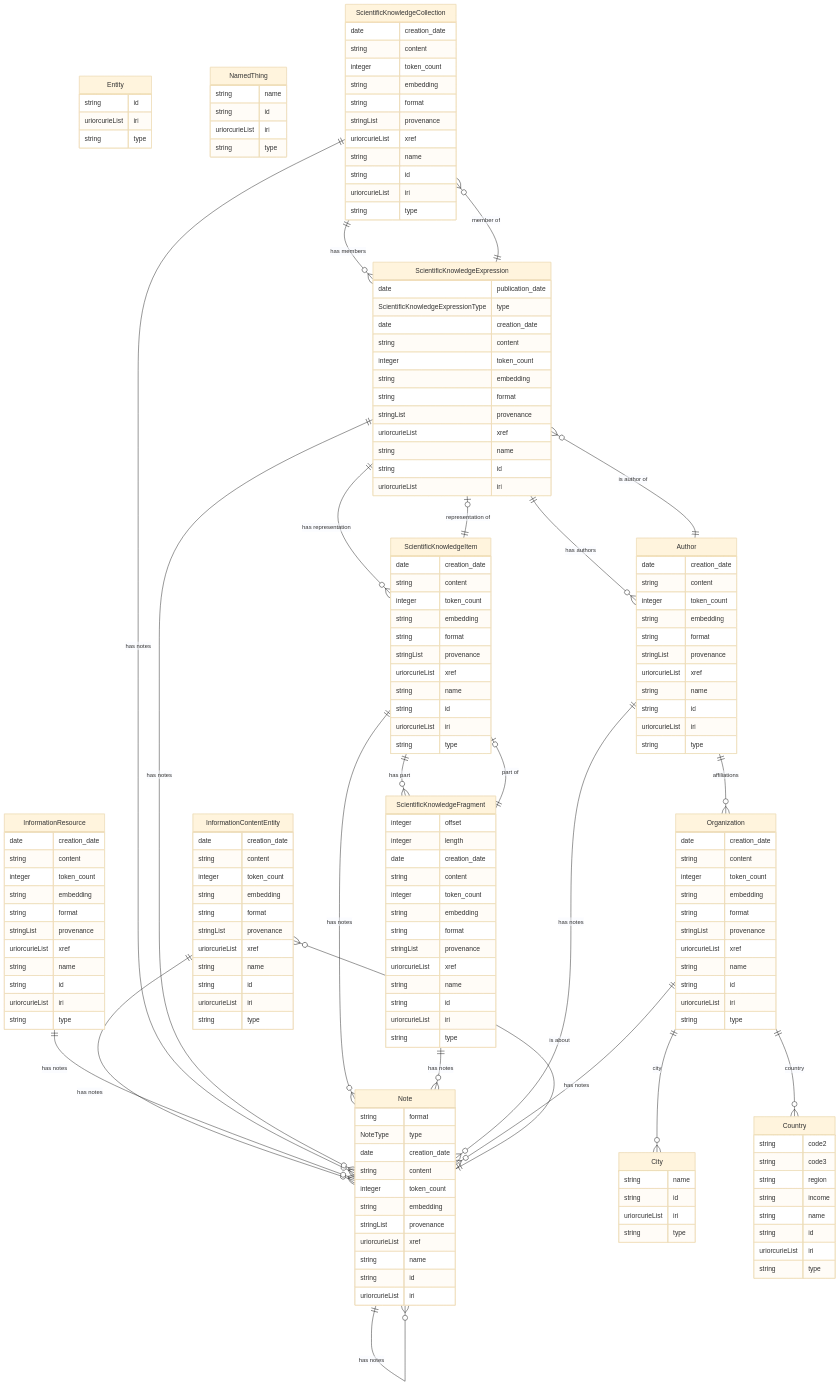
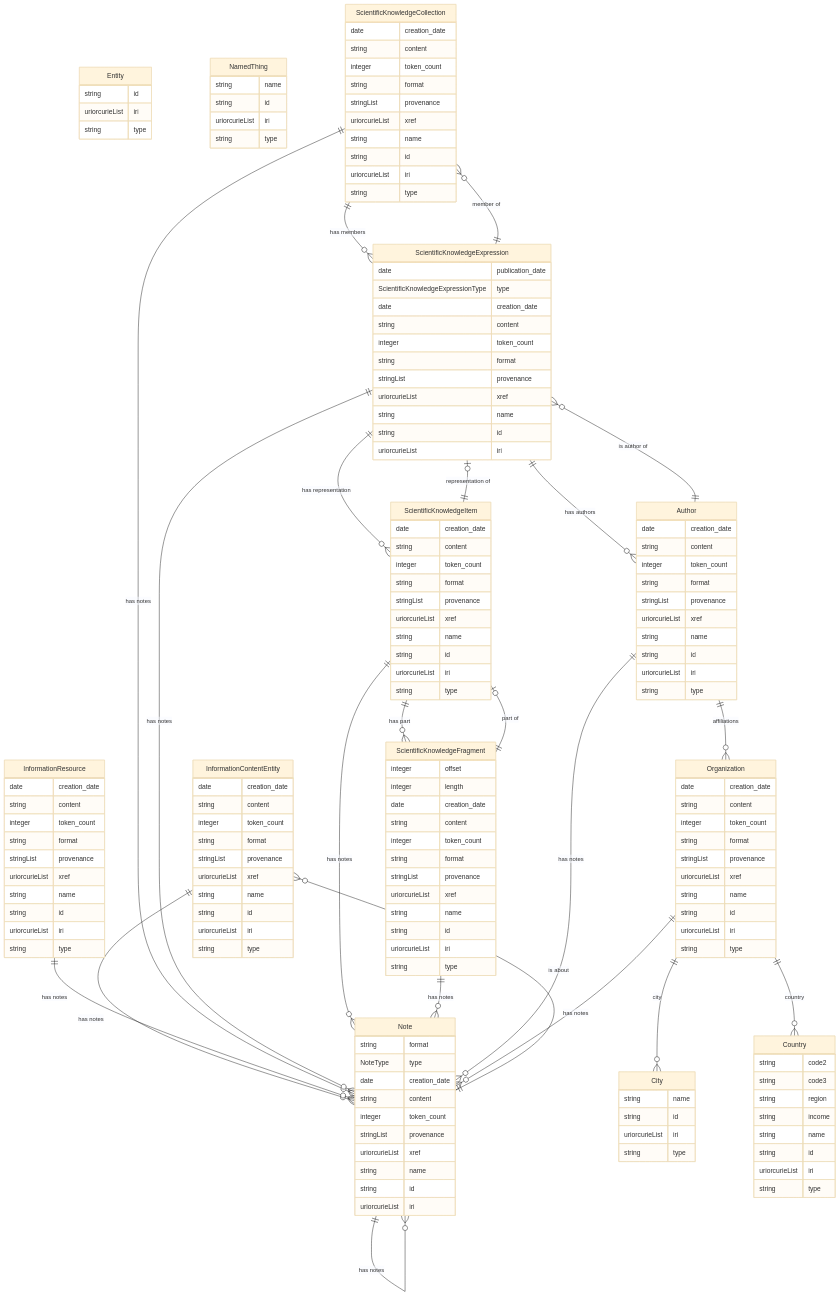
The diagram in local_resources/linkml/schema.mermaid (chanzuckerberg/alhazen), drawn with Mermaid (base theme) before and after one commit. The commit also changed 27 other files, not shown here.

```diff
--- a/local_resources/linkml/schema.mermaid
+++ b/local_resources/linkml/schema.mermaid
@@ -1,170 +1,161 @@
 erDiagram
 Entity {
     string id  
     uriorcurieList iri  
     string type  
 }
 NamedThing {
     string name  
     string id  
     uriorcurieList iri  
     string type  
 }
 InformationContentEntity {
     date creation_date  
     string content  
     integer token_count  
-    string embedding  
     string format  
     stringList provenance  
     uriorcurieList xref  
     string name  
     string id  
     uriorcurieList iri  
     string type  
 }
 InformationResource {
     date creation_date  
     string content  
     integer token_count  
-    string embedding  
     string format  
     stringList provenance  
     uriorcurieList xref  
     string name  
     string id  
     uriorcurieList iri  
     string type  
 }
 ScientificKnowledgeCollection {
     date creation_date  
     string content  
     integer token_count  
-    string embedding  
     string format  
     stringList provenance  
     uriorcurieList xref  
     string name  
     string id  
     uriorcurieList iri  
     string type  
 }
 ScientificKnowledgeExpression {
     date publication_date  
     ScientificKnowledgeExpressionType type  
     date creation_date  
     string content  
     integer token_count  
-    string embedding  
     string format  
     stringList provenance  
     uriorcurieList xref  
     string name  
     string id  
     uriorcurieList iri  
 }
 ScientificKnowledgeItem {
     date creation_date  
     string content  
     integer token_count  
-    string embedding  
     string format  
     stringList provenance  
     uriorcurieList xref  
     string name  
     string id  
     uriorcurieList iri  
     string type  
 }
 ScientificKnowledgeFragment {
     integer offset  
     integer length  
     date creation_date  
     string content  
     integer token_count  
-    string embedding  
     string format  
     stringList provenance  
     uriorcurieList xref  
     string name  
     string id  
     uriorcurieList iri  
     string type  
 }
 Note {
     string format  
     NoteType type  
     date creation_date  
     string content  
     integer token_count  
-    string embedding  
     stringList provenance  
     uriorcurieList xref  
     string name  
     string id  
     uriorcurieList iri  
 }
 Author {
     date creation_date  
     string content  
     integer token_count  
-    string embedding  
     string format  
     stringList provenance  
     uriorcurieList xref  
     string name  
     string id  
     uriorcurieList iri  
     string type  
 }
 Organization {
     date creation_date  
     string content  
     integer token_count  
-    string embedding  
     string format  
     stringList provenance  
     uriorcurieList xref  
     string name  
     string id  
     uriorcurieList iri  
     string type  
 }
 City {
     string name  
     string id  
     uriorcurieList iri  
     string type  
 }
 Country {
     string code2  
     string code3  
     string region  
     string income  
     string name  
     string id  
     uriorcurieList iri  
     string type  
 }
 
 InformationContentEntity ||--}o Note : "has notes"
 InformationResource ||--}o Note : "has notes"
 ScientificKnowledgeCollection ||--}o ScientificKnowledgeExpression : "has members"
 ScientificKnowledgeCollection ||--}o Note : "has notes"
 ScientificKnowledgeExpression ||--}o ScientificKnowledgeItem : "has representation"
 ScientificKnowledgeExpression ||--}o ScientificKnowledgeCollection : "member of"
 ScientificKnowledgeExpression ||--}o Author : "has authors"
 ScientificKnowledgeExpression ||--}o Note : "has notes"
 ScientificKnowledgeItem ||--|o ScientificKnowledgeExpression : "representation of"
 ScientificKnowledgeItem ||--}o ScientificKnowledgeFragment : "has part"
 ScientificKnowledgeItem ||--}o Note : "has notes"
 ScientificKnowledgeFragment ||--|o ScientificKnowledgeItem : "part of"
 ScientificKnowledgeFragment ||--}o Note : "has notes"
 Note ||--}o InformationContentEntity : "is about"
 Note ||--}o Note : "has notes"
 Author ||--}o Organization : "affiliations"
 Author ||--}o ScientificKnowledgeExpression : "is author of"
 Author ||--}o Note : "has notes"
 Organization ||--}o City : "city"
 Organization ||--}o Country : "country"
 Organization ||--}o Note : "has notes"
```
